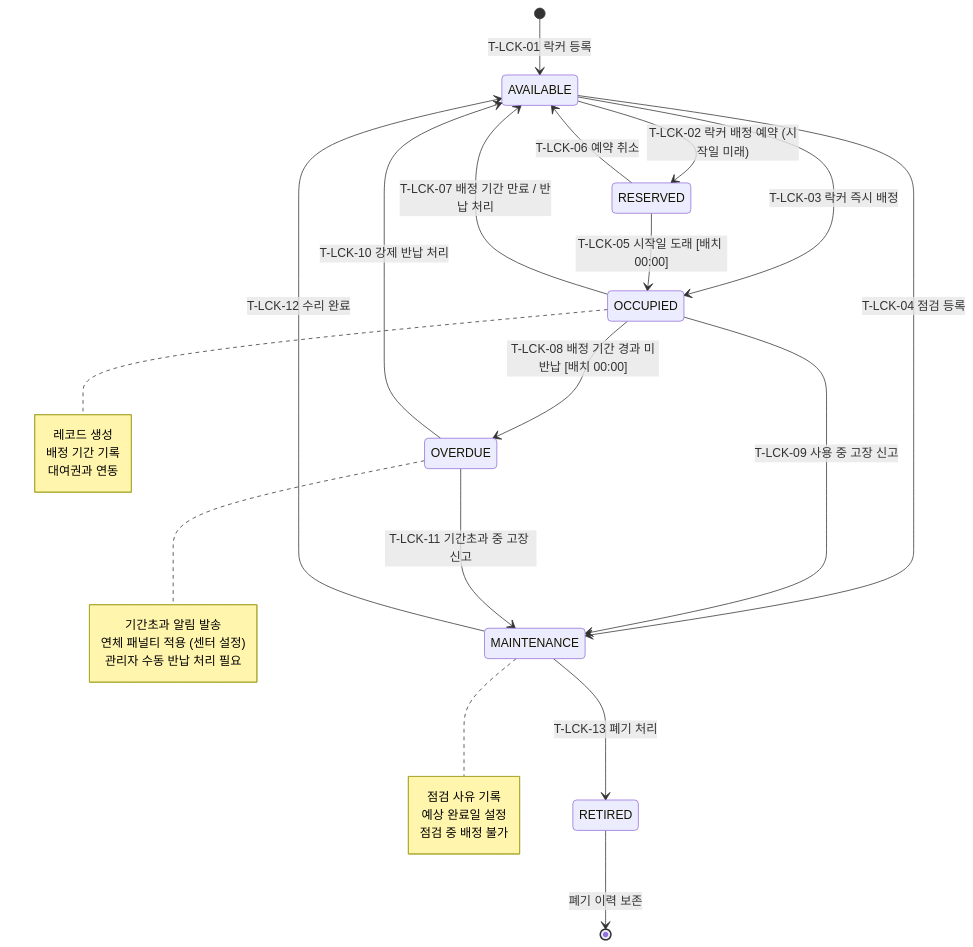
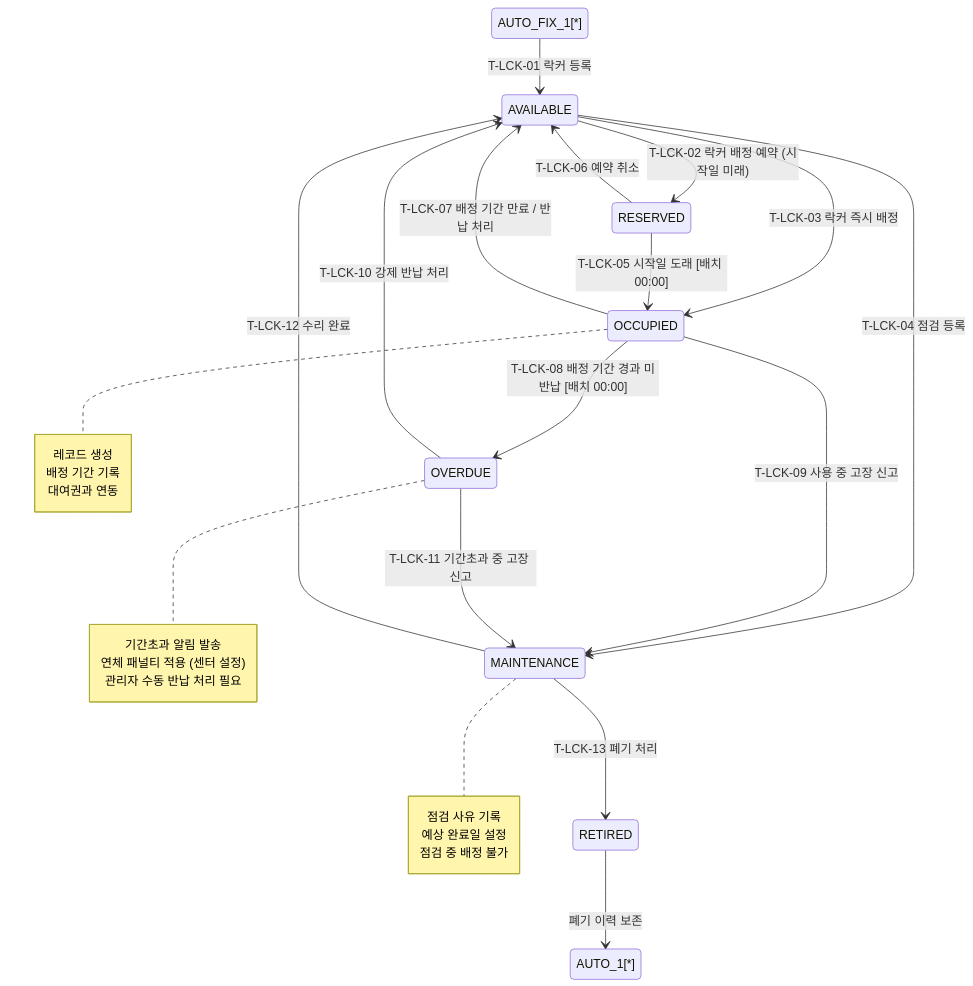
One commit to dev-spogym/admin-pando changed the diagram in docs/admin/다이어그램/20_상태전이도/20-11_LockerStatus.md. Above: the diagram before and after it, drawn with Mermaid. The commit also changed 369 other files, not shown here.

````diff
--- a/docs/admin/다이어그램/20_상태전이도/20-11_LockerStatus.md
+++ b/docs/admin/다이어그램/20_상태전이도/20-11_LockerStatus.md
@@ -33,41 +33,41 @@
 ```mermaid
 stateDiagram-v2
-    [*] --> AVAILABLE : T-LCK-01 락커 등록
+    AUTO_FIX_1[*] --> AVAILABLE : T-LCK-01 락커 등록
 
     AVAILABLE --> RESERVED : T-LCK-02 락커 배정 예약 (시작일 미래)
     AVAILABLE --> OCCUPIED : T-LCK-03 락커 즉시 배정
     AVAILABLE --> MAINTENANCE : T-LCK-04 점검 등록
 
     RESERVED --> OCCUPIED : T-LCK-05 시작일 도래 [배치 00:00]
     RESERVED --> AVAILABLE : T-LCK-06 예약 취소
 
     OCCUPIED --> AVAILABLE : T-LCK-07 배정 기간 만료 / 반납 처리
     OCCUPIED --> OVERDUE : T-LCK-08 배정 기간 경과 미반납 [배치 00:00]
     OCCUPIED --> MAINTENANCE : T-LCK-09 사용 중 고장 신고
 
     OVERDUE --> AVAILABLE : T-LCK-10 강제 반납 처리
     OVERDUE --> MAINTENANCE : T-LCK-11 기간초과 중 고장 신고
 
     MAINTENANCE --> AVAILABLE : T-LCK-12 수리 완료
     MAINTENANCE --> RETIRED : T-LCK-13 폐기 처리
 
-    RETIRED --> [*] : 폐기 이력 보존
+    RETIRED --> AUTO_1[*] : 폐기 이력 보존
 
     note right of OCCUPIED
          레코드 생성
         배정 기간 기록
         대여권과 연동
     end note
 
     note right of OVERDUE
         기간초과 알림 발송
         연체 패널티 적용 (센터 설정)
         관리자 수동 반납 처리 필요
     end note
 
     note right of MAINTENANCE
         점검 사유 기록
         예상 완료일 설정
         점검 중 배정 불가
     end note
 ```
````
